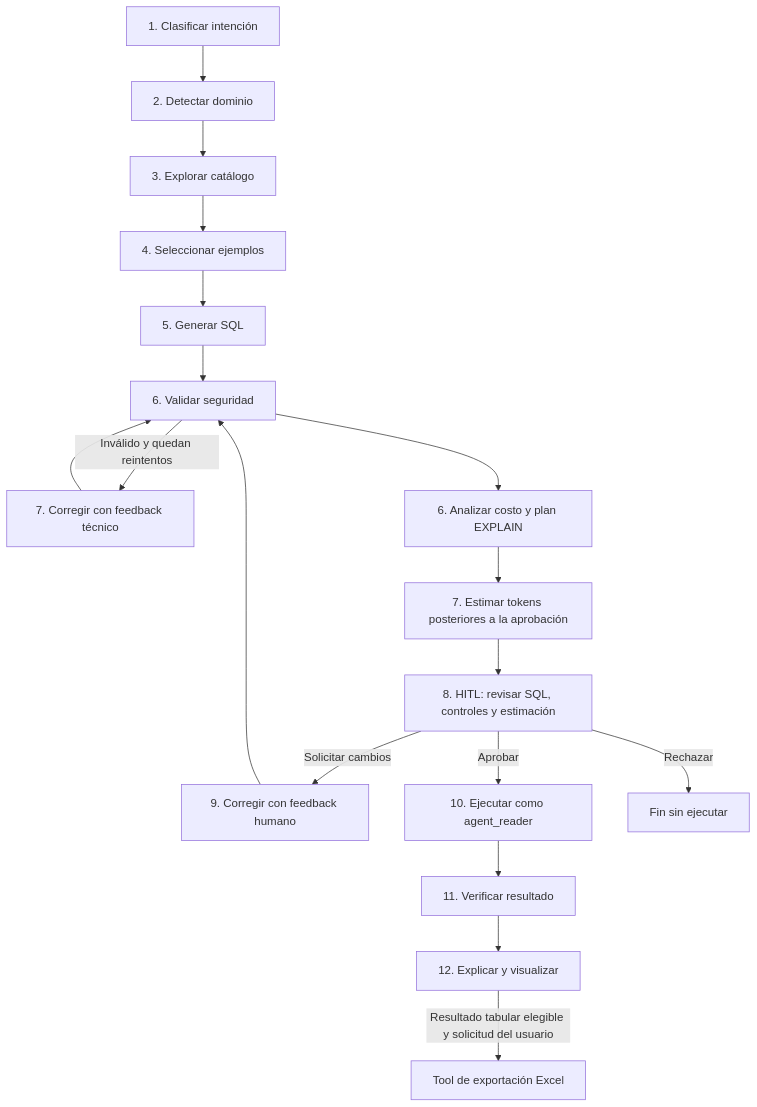
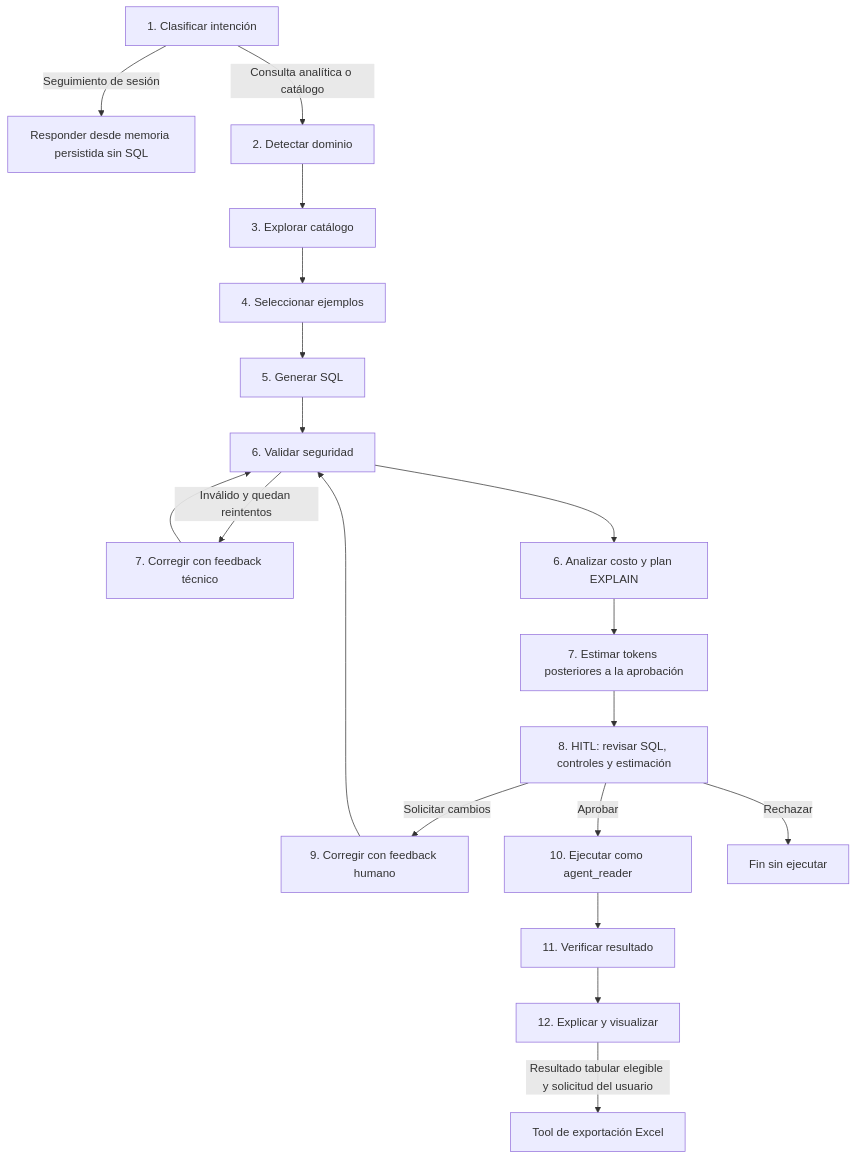
Before and after one commit to edgarrth/multiagente-sql-reporter: the second of 4 diagrams in README.md, drawn with Mermaid. The commit also changed other lines of this file and 14 other files, not shown here.

````diff
--- a/README.md
+++ b/README.md
@@ -120,20 +125,21 @@
 ```mermaid
 flowchart TD
-    A[1. Clasificar intención] --> B[2. Detectar dominio]
+    A[1. Clasificar intención] -->|Seguimiento de sesión| M[Responder desde memoria persistida sin SQL]
+    A -->|Consulta analítica o catálogo| B[2. Detectar dominio]
     B --> C[3. Explorar catálogo]
     C --> D[4. Seleccionar ejemplos]
     D --> E[5. Generar SQL]
     E --> H[6. Validar seguridad]
     H -->|Inválido y quedan reintentos| G[7. Corregir con feedback técnico]
     G --> H
     H --> I[6. Analizar costo y plan EXPLAIN]
     I --> T[7. Estimar tokens posteriores a la aprobación]
     T --> F[8. HITL: revisar SQL, controles y estimación]
     F -->|Solicitar cambios| C2[9. Corregir con feedback humano]
     C2 --> H
     F -->|Aprobar| J[10. Ejecutar como agent_reader]
     J --> K[11. Verificar resultado]
     K --> L[12. Explicar y visualizar]
     L -->|Resultado tabular elegible y solicitud del usuario| X[Tool de exportación Excel]
     F -->|Rechazar| Z[Fin sin ejecutar]
 ```
````
